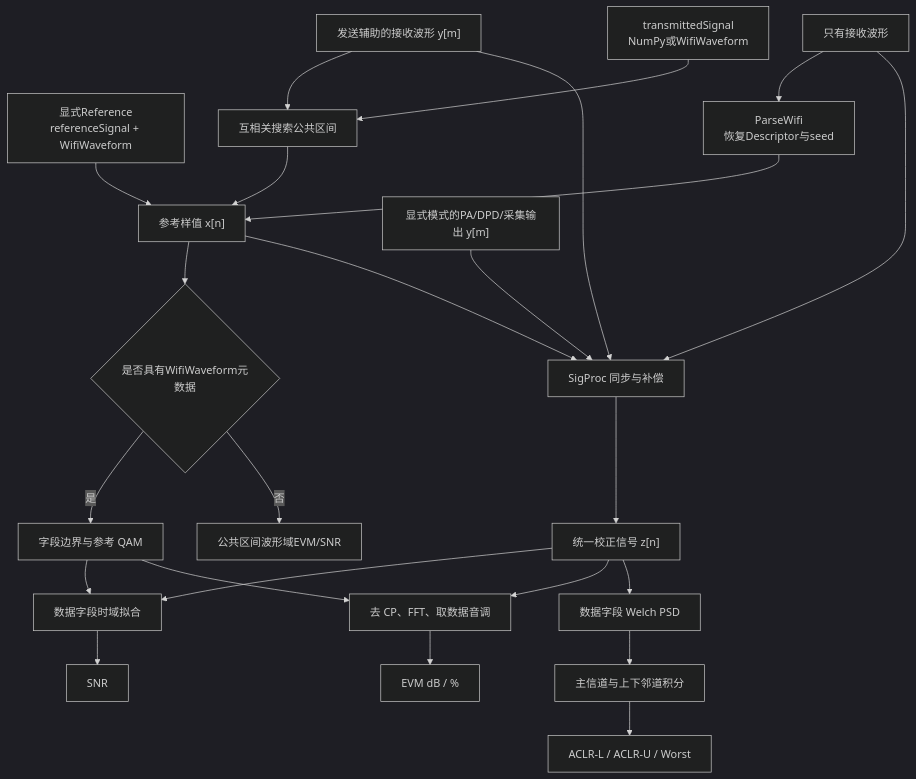
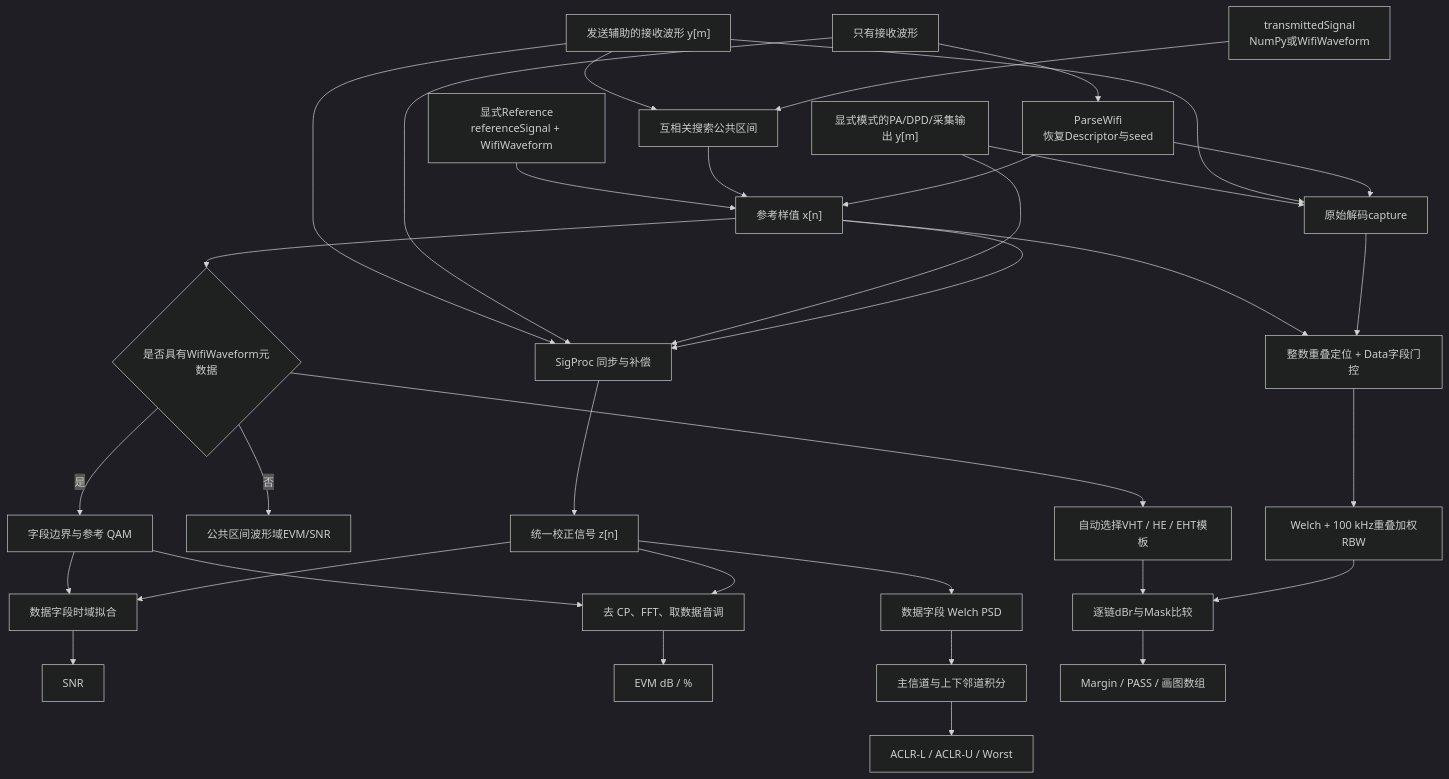
Before and after one commit to niyilu45/DPD_ILC: the first of 9 diagrams in doc/Analysis.md, drawn with Mermaid (dark theme). The commit also changed other lines of this file and 5 other files, not shown here.

````diff
--- a/doc/Analysis.md
+++ b/doc/Analysis.md
@@ -18,26 +19,36 @@
 ```mermaid
 flowchart TB
     explicit["显式Reference<br/>referenceSignal + WifiWaveform"] --> A["参考样值 x[n]"]
     assistedReceive["发送辅助的接收波形 y[m]"] --> overlap["互相关搜索公共区间"]
     assistedTransmit["transmittedSignal<br/>NumPy或WifiWaveform"] --> overlap
     overlap --> A
     blind["只有接收波形"] --> parser["ParseWifi<br/>恢复Descriptor与seed"]
     parser --> A
     A --> metadata{"是否具有WifiWaveform元数据"}
     metadata -->|是| B["字段边界与参考 QAM"]
     metadata -->|否| waveformMetric["公共区间波形域EVM/SNR"]
     assistedReceive --> D["SigProc 同步与补偿"]
     blind --> D
     C["显式模式的PA/DPD/采集输出 y[m]"] --> D
     A --> D
     D --> corrected["统一校正信号 z[n]"]
     B --> E["数据字段时域拟合"]
     corrected --> E
     E --> F["SNR"]
     B --> G["去 CP、FFT、取数据音调"]
     corrected --> G
     G --> I["EVM dB / %"]
     corrected --> J["数据字段 Welch PSD"]
     J --> K["主信道与上下邻道积分"]
     K --> L["ACLR-L / ACLR-U / Worst"]
+    C --> maskCapture["原始解码capture"]
+    assistedReceive --> maskCapture
+    parser --> maskCapture
+    A --> maskGate["整数重叠定位 + Data字段门控"]
+    maskCapture --> maskGate
+    maskGate --> maskRbw["Welch + 100 kHz重叠加权RBW"]
+    metadata --> maskTemplate["自动选择VHT / HE / EHT模板"]
+    maskTemplate --> maskCompare["逐链dBr与Mask比较"]
+    maskRbw --> maskCompare
+    maskCompare --> maskResult["Margin / PASS / 画图数组"]
 ```
````
